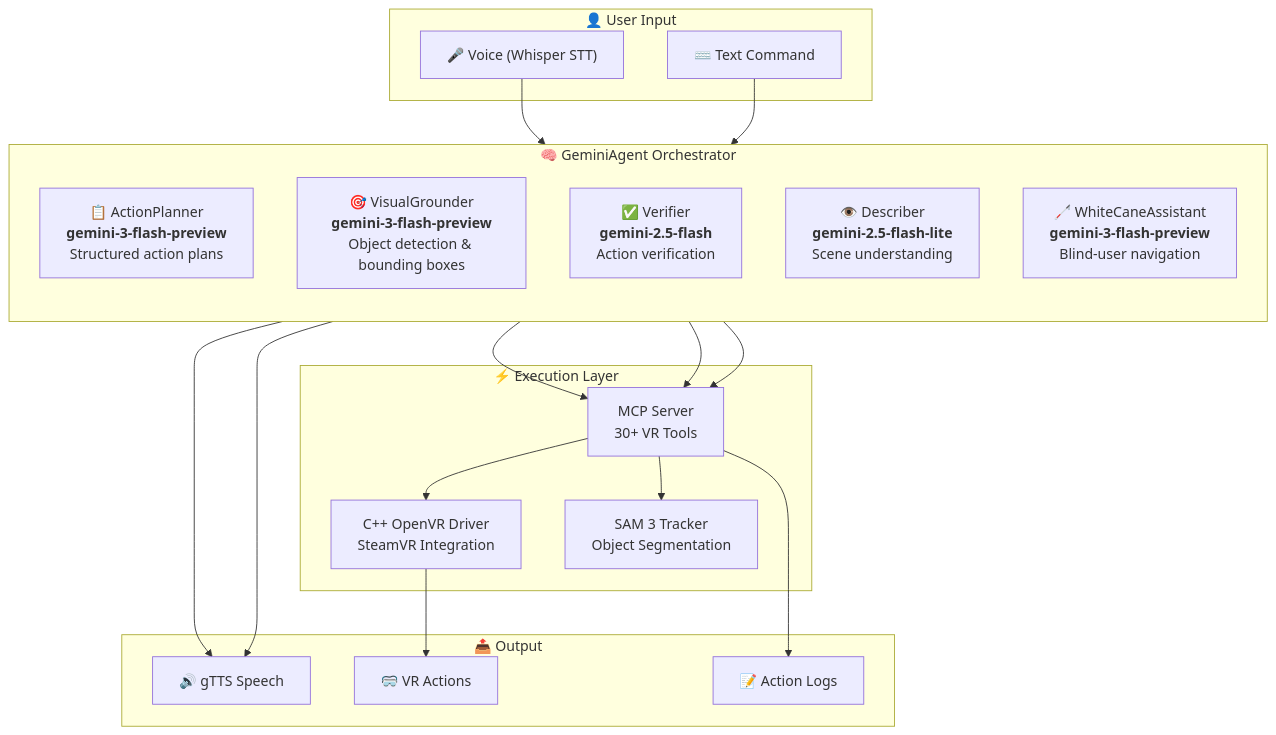
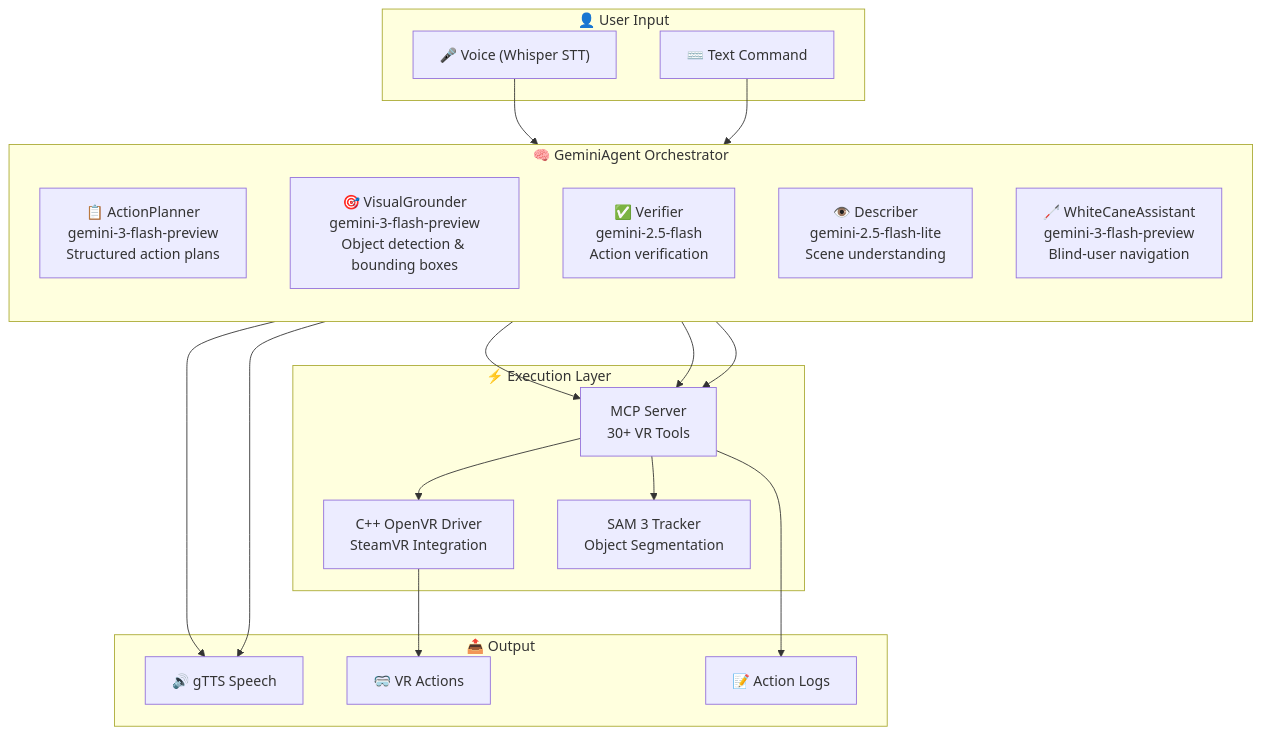
Before and after one commit to ar-zadeh/GEMINI_Comp_VR: the first of 2 diagrams in Readme.md, drawn with Mermaid. The commit also changed other lines of this file, not shown here.

````diff
--- a/Readme.md
+++ b/Readme.md
@@ -76,41 +76,39 @@
 ```mermaid
 flowchart TB
     subgraph User["👤 User Input"]
         voice["🎤 Voice (Whisper STT)"]
         text["⌨️ Text Command"]
     end
 
     subgraph Orchestrator["🧠 GeminiAgent Orchestrator"]
         direction TB
-        planner["📋 ActionPlanner<br><b>gemini-3-flash-preview</b><br>Structured action plans"]
-        grounding["🎯 VisualGrounder<br><b>gemini-3-flash-preview</b><br>Object detection & bounding boxes"]
-        verifier["✅ Verifier<br><b>gemini-2.5-flash</b><br>Action verification"]
-        describer["👁️ Describer
-        <b>gemini-2.5-flash-lite</b><br>Scene understanding"]
-        whitecane["🦯 WhiteCaneAssistant
-        <b>gemini-3-flash-preview</b><br>Blind-user navigation"]
+        planner["📋 ActionPlanner<br/>gemini-3-flash-preview<br/>Structured action plans"]
+        grounding["🎯 VisualGrounder<br/>gemini-3-flash-preview<br/>Object detection & bounding boxes"]
+        verifier["✅ Verifier<br/>gemini-2.5-flash<br/>Action verification"]
+        describer["👁️ Describer<br/>gemini-2.5-flash-lite<br/>Scene understanding"]
+        whitecane["🦯 WhiteCaneAssistant<br/>gemini-3-flash-preview<br/>Blind-user navigation"]
     end
 
     subgraph Execution["⚡ Execution Layer"]
         mcp["MCP Server<br>30+ VR Tools"]
         driver["C++ OpenVR Driver<br>SteamVR Integration"]
         tracker["SAM 3 Tracker<br>Object Segmentation"]
     end
 
     subgraph Output["📤 Output"]
         tts["🔊 gTTS Speech"]
         vr["🥽 VR Actions"]
         logs["📝 Action Logs"]
     end
 
     voice --> Orchestrator
     text --> Orchestrator
     planner --> mcp
     grounding --> mcp
     verifier --> mcp
     describer --> tts
     whitecane --> tts
     mcp --> driver --> vr
     mcp --> tracker
     mcp --> logs
 ```
````
